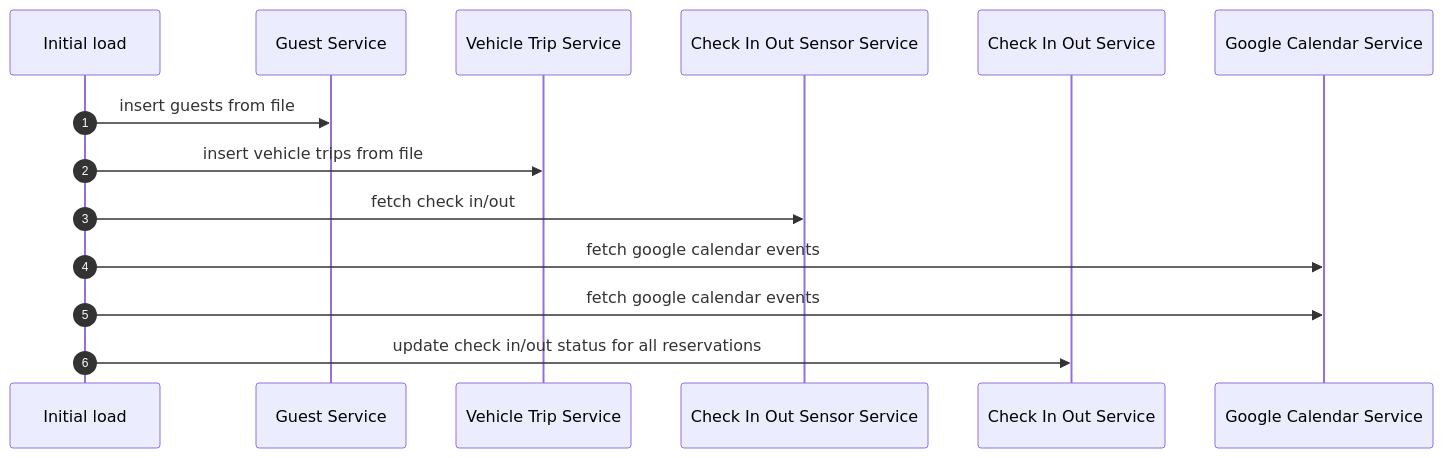
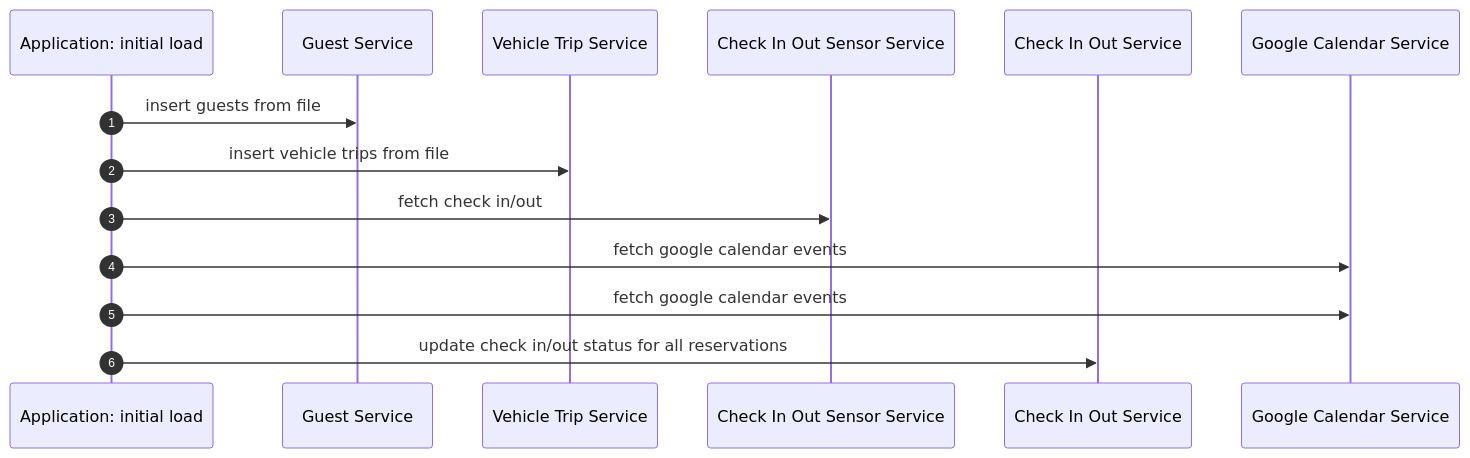
One commit to ismarslomic/cabin-visits-kotlin changed the first of 4 diagrams in docs/solution_architecture.md. Above: the diagram before and after it, drawn with Mermaid. The commit also changed other lines of this file and 3 other files, not shown here.

Commit message:
docs(architecture): add diagram for Guest Service

````diff
--- a/docs/solution_architecture.md
+++ b/docs/solution_architecture.md
@@ -3,17 +3,17 @@
 ```mermaid
 sequenceDiagram
     autonumber
-    participant InitialLoad as Initial load
+    participant InitialLoad as Application: initial load
     participant GuestService as Guest Service
     participant VehicleTripService as Vehicle Trip Service
     participant CheckInOutSensorService as Check In Out Sensor Service
     participant CheckInOutService as Check In Out Service
     participant GoogleCalendarService as Google Calendar Service
 
     InitialLoad->>GuestService: insert guests from file
     InitialLoad->>VehicleTripService: insert vehicle trips from file
     InitialLoad->>CheckInOutSensorService: fetch check in/out
     InitialLoad->>GoogleCalendarService: fetch google calendar events
     InitialLoad->>GoogleCalendarService: fetch google calendar events
     InitialLoad->>CheckInOutService: update check in/out status for all reservations
 ```
````
